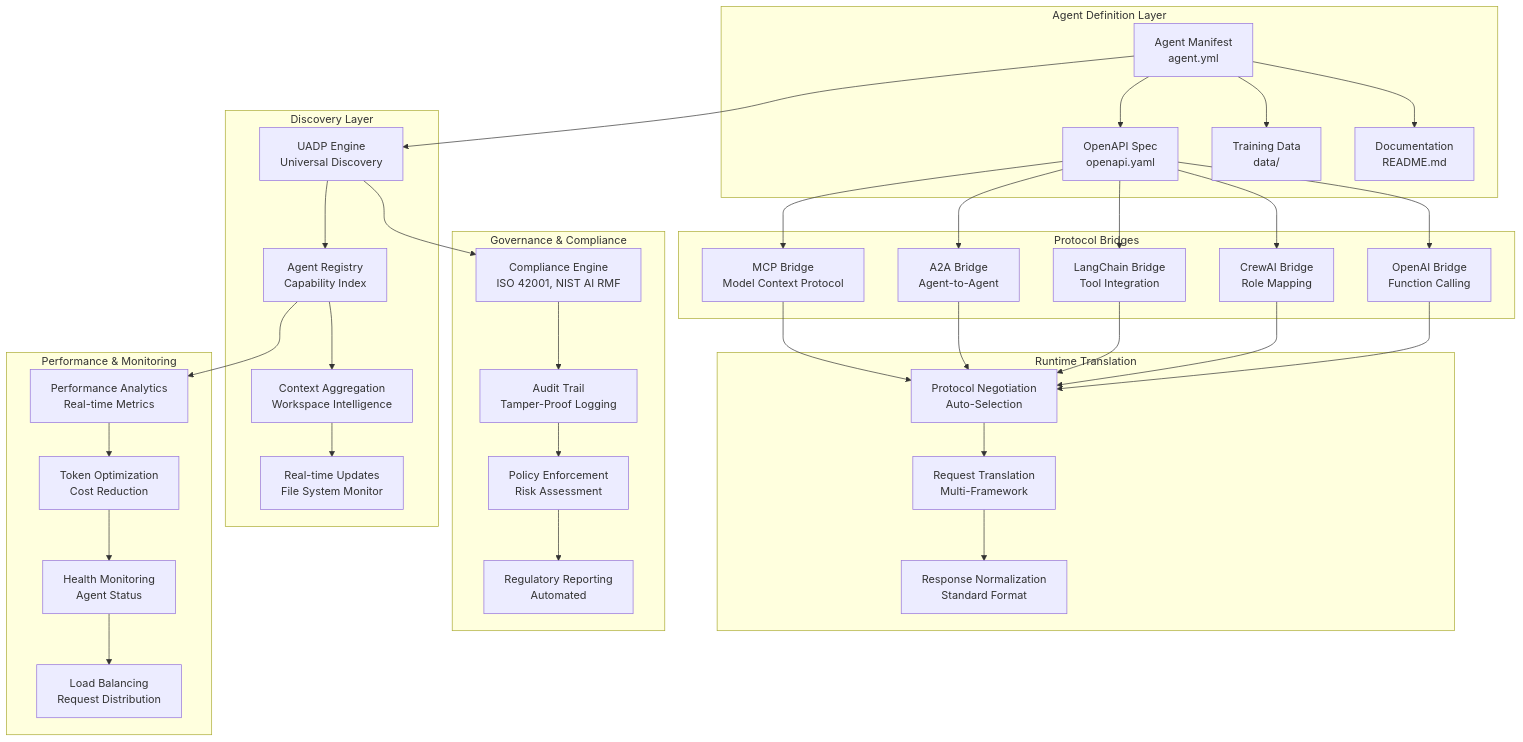
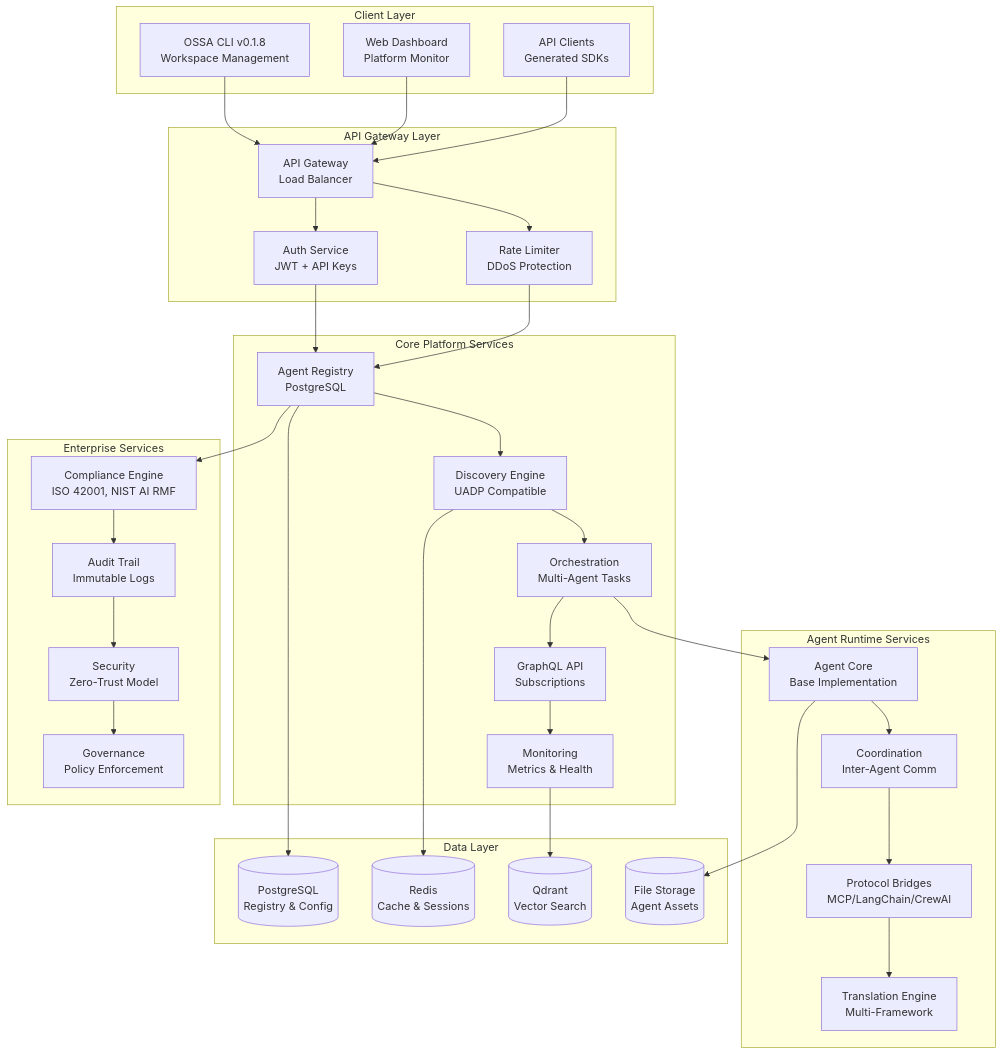
Before and after one commit to blueflyio/openstandardagents: the first of 2 diagrams in docs/overview/architecture.md, drawn with Mermaid. The commit also changed other lines of this file and 454 other files, not shown here.

First line of the commit message:
feat: Complete OSSA v0.1.8 implementation with 40-agent parallel development

````diff
--- a/docs/overview/architecture.md
+++ b/docs/overview/architecture.md
@@ -9,68 +9,72 @@
 ```mermaid
 graph TB
-    subgraph "Agent Definition Layer"
-        A[Agent Manifest<br/>agent.yml] --> B[OpenAPI Spec<br/>openapi.yaml]
-        A --> C[Training Data<br/>data/]
-        A --> D[Documentation<br/>README.md]
+    subgraph "Client Layer"
+        CLI[OSSA CLI v0.1.8<br/>Workspace Management]
+        WEB[Web Dashboard<br/>Platform Monitor]
+        API[API Clients<br/>Generated SDKs]
     end
     
-    subgraph "Discovery Layer"
-        E[UADP Engine<br/>Universal Discovery] --> F[Agent Registry<br/>Capability Index]
-        F --> G[Context Aggregation<br/>Workspace Intelligence]
-        G --> H[Real-time Updates<br/>File System Monitor]
+    subgraph "API Gateway Layer"
+        GW[API Gateway<br/>Load Balancer]
+        AUTH[Auth Service<br/>JWT + API Keys]
+        RATE[Rate Limiter<br/>DDoS Protection]
     end
     
-    subgraph "Protocol Bridges"
-        I[MCP Bridge<br/>Model Context Protocol] 
-        J[A2A Bridge<br/>Agent-to-Agent]
-        K[LangChain Bridge<br/>Tool Integration]
-        L[CrewAI Bridge<br/>Role Mapping]
-        M[OpenAI Bridge<br/>Function Calling]
+    subgraph "Core Platform Services"
+        REG[Agent Registry<br/>PostgreSQL]
+        DISC[Discovery Engine<br/>UADP Compatible]
+        ORCH[Orchestration<br/>Multi-Agent Tasks]
+        GRAPH[GraphQL API<br/>Subscriptions]
+        MON[Monitoring<br/>Metrics & Health]
     end
     
-    subgraph "Runtime Translation"
-        N[Protocol Negotiation<br/>Auto-Selection]
-        O[Request Translation<br/>Multi-Framework]
-        P[Response Normalization<br/>Standard Format]
+    subgraph "Agent Runtime Services"
+        CORE[Agent Core<br/>Base Implementation]
+        COORD[Coordination<br/>Inter-Agent Comm]
+        BRIDGE[Protocol Bridges<br/>MCP/LangChain/CrewAI]
+        TRANS[Translation Engine<br/>Multi-Framework]
     end
     
-    subgraph "Governance & Compliance"
-        Q[Compliance Engine<br/>ISO 42001, NIST AI RMF]
-        R[Audit Trail<br/>Tamper-Proof Logging]
-        S[Policy Enforcement<br/>Risk Assessment]
-        T[Regulatory Reporting<br/>Automated]
+    subgraph "Enterprise Services"
+        COMP[Compliance Engine<br/>ISO 42001, NIST AI RMF]
+        AUDIT[Audit Trail<br/>Immutable Logs]
+        SEC[Security<br/>Zero-Trust Model]
+        GOV[Governance<br/>Policy Enforcement]
     end
     
-    subgraph "Performance & Monitoring"
-        U[Performance Analytics<br/>Real-time Metrics]
-        V[Token Optimization<br/>Cost Reduction]
-        W[Health Monitoring<br/>Agent Status]
-        X[Load Balancing<br/>Request Distribution]
+    subgraph "Data Layer"
+        PGSQL[(PostgreSQL<br/>Registry & Config)]
+        REDIS[(Redis<br/>Cache & Sessions)]
+        QDRANT[(Qdrant<br/>Vector Search)]
+        FILES[(File Storage<br/>Agent Assets)]
     end
     
-    A --> E
-    B --> I
-    B --> J
-    B --> K
-    B --> L
-    B --> M
+    CLI --> GW
+    WEB --> GW
+    API --> GW
     
-    I --> N
-    J --> N
-    K --> N
-    L --> N
-    M --> N
+    GW --> AUTH
+    GW --> RATE
+    AUTH --> REG
+    RATE --> REG
     
-    N --> O
-    O --> P
+    REG --> DISC
+    DISC --> ORCH
+    ORCH --> GRAPH
+    GRAPH --> MON
     
-    E --> Q
-    Q --> R
-    R --> S
-    S --> T
+    ORCH --> CORE
+    CORE --> COORD
+    COORD --> BRIDGE
+    BRIDGE --> TRANS
     
-    F --> U
-    U --> V
-    V --> W
-    W --> X
+    REG --> COMP
+    COMP --> AUDIT
+    AUDIT --> SEC
+    SEC --> GOV
+    
+    REG --> PGSQL
+    DISC --> REDIS
+    MON --> QDRANT
+    CORE --> FILES
 ```
````
